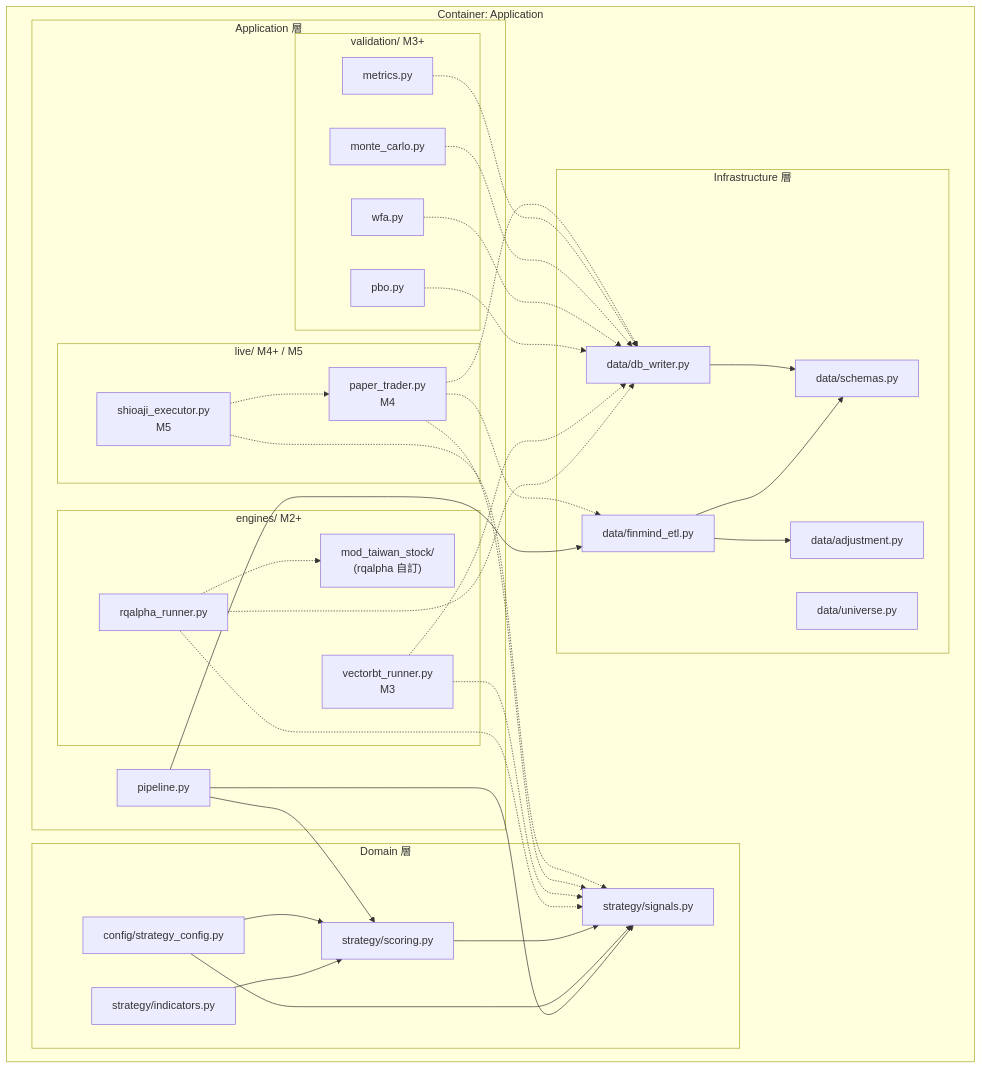
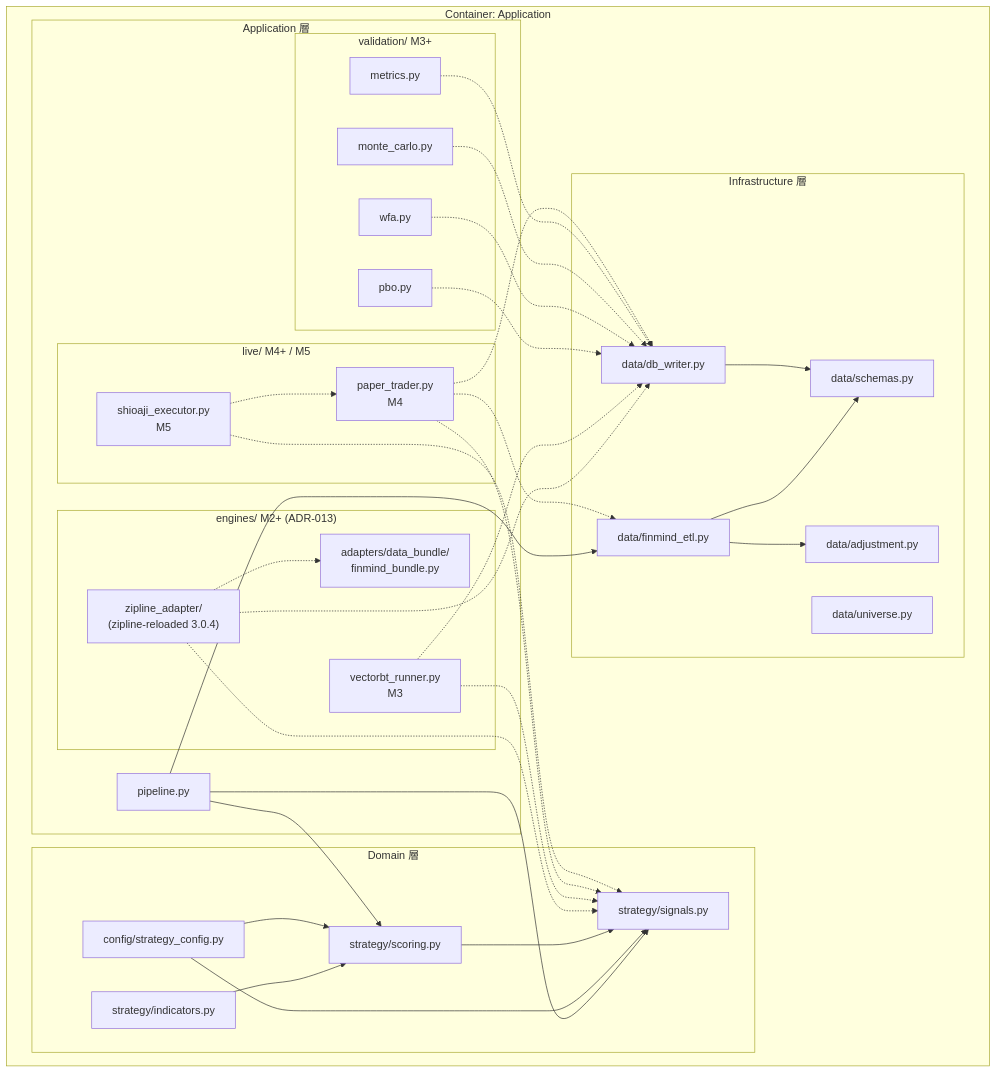
The fourth of 11 diagrams in dev_docs/05_architecture_and_design_document.md (Zenobia000/Quantitative_Trading), drawn with Mermaid before and after one commit. The commit also changed other lines of this file, not shown here.

Commit message:
docs(05): bump banner v1.5 + replace rqalpha_runner with zipline_adapter in L3-A (R15.3)
WHY: 05 §1.1 L3-A 元件圖仍畫 rqalpha_runner.py + mod_taiwan_stock，但 ADR-001 已 superseded by ADR-005，再被 ADR-013 改為 zipline-reloaded。新讀者讀 L3-A 圖會誤以為主引擎是 rqalpha。banner 版本標 v1.4 但 v1.5 補丁已落地。

WHAT: §1.4 cross-ref 加 ADR-013 supersede 註記；v1.5 banner 改正式版本 + 補「下文歷史脈絡保留」說明（對齊 17 master plan 慣例）；L3-A 元件圖 engines_grp 內 rqalpha_runner / mod_taiwan_stock 改為 zipline_adapter / finmind_bundle，加 ADR-013 標籤。

IMPACT: L3-A 圖與 M2 實作 (backtest_platform/engines/zipline_adapter/) 一致；歷史 rqalpha 段落（§1.4 / §3.4 sequence / §7.2）仍保留作 v1.3 baseline 對齊 v1.4 通告。

````diff
--- a/dev_docs/05_architecture_and_design_document.md
+++ b/dev_docs/05_architecture_and_design_document.md
@@ -244,64 +244,64 @@
 ```mermaid
 flowchart TD
     subgraph container["Container: Application"]
         subgraph app_layer["Application 層"]
             pipe["pipeline.py"]
-            subgraph engines_grp["engines/  M2+"]
-                rq["rqalpha_runner.py"]
+            subgraph engines_grp["engines/  M2+ (ADR-013)"]
+                zr["zipline_adapter/<br/>(zipline-reloaded 3.0.4)"]
                 vb["vectorbt_runner.py<br/>M3"]
-                mod_tw["mod_taiwan_stock/<br/>(rqalpha 自訂)"]
+                bundle["adapters/data_bundle/<br/>finmind_bundle.py"]
             end
             subgraph validation_grp["validation/  M3+"]
                 pbo["pbo.py"]
                 wfa["wfa.py"]
                 mc["monte_carlo.py"]
                 metrics["metrics.py"]
             end
             subgraph live_grp["live/  M4+ / M5"]
                 paper["paper_trader.py<br/>M4"]
                 shio["shioaji_executor.py<br/>M5"]
             end
         end
         subgraph domain_layer["Domain 層"]
             cfg["config/strategy_config.py"]
             ind["strategy/indicators.py"]
             score["strategy/scoring.py"]
             sig["strategy/signals.py"]
         end
         subgraph infra_layer["Infrastructure 層"]
             schemas["data/schemas.py"]
             etl["data/finmind_etl.py"]
             adj["data/adjustment.py"]
             dbw["data/db_writer.py"]
             univ["data/universe.py"]
         end
     end
 
     pipe --> etl
     pipe --> score
     pipe --> sig
     etl --> schemas
     etl --> adj
     dbw --> schemas
     ind --> score
     cfg --> score
     cfg --> sig
     score --> sig
 
-    rq -.-> sig
-    rq -.-> mod_tw
-    rq -.-> dbw
+    zr -.-> sig
+    zr -.-> bundle
+    zr -.-> dbw
     vb -.-> sig
     vb -.-> dbw
 
     pbo -.-> dbw
     wfa -.-> dbw
     mc -.-> dbw
     metrics -.-> dbw
 
     paper -.-> sig
     paper -.-> dbw
     paper -.-> etl
     shio -.-> paper
     shio -.-> sig
 ```
````
